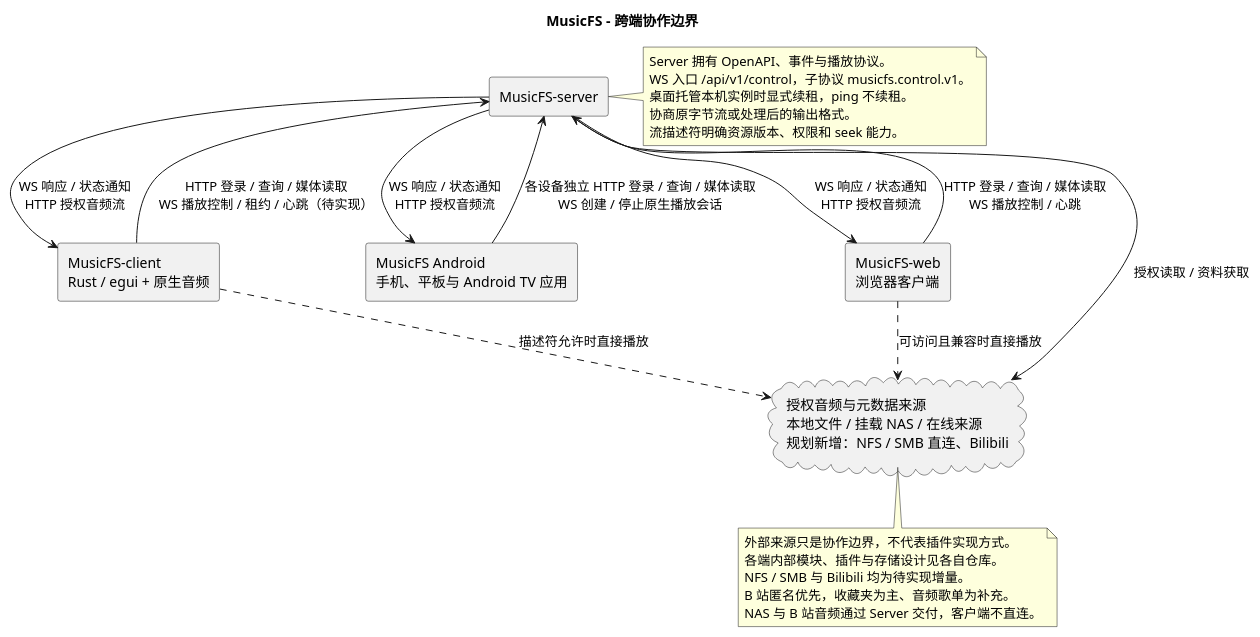
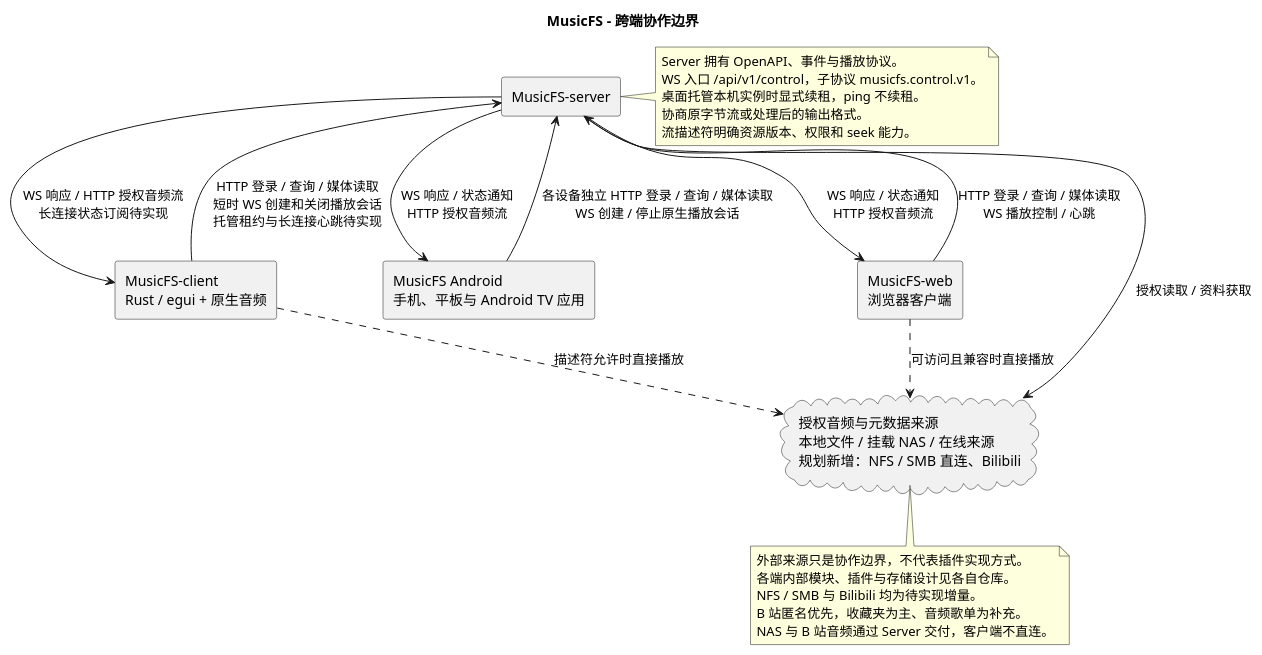
The diagram in docs/diagrams/components.puml (fnMrRice/MusicFS), drawn with PlantUML before and after one commit. The commit also changed 6 other files, not shown here.

```diff
--- a/docs/diagrams/components.puml
+++ b/docs/diagrams/components.puml
@@ -1,37 +1,37 @@
 @startuml
 title MusicFS - 跨端协作边界
 top to bottom direction
 skinparam componentStyle rectangle
 
 component "MusicFS-client\nRust / egui + 原生音频" as Client
 component "MusicFS Android\n手机、平板与 Android TV 应用" as Android
 component "MusicFS-web\n浏览器客户端" as Web
 component "MusicFS-server" as Server
 cloud "授权音频与元数据来源\n本地文件 / 挂载 NAS / 在线来源\n规划新增：NFS / SMB 直连、Bilibili" as Sources
 
-Client --> Server : HTTP 登录 / 查询 / 媒体读取\nWS 播放控制 / 租约 / 心跳（待实现）
+Client --> Server : HTTP 登录 / 查询 / 媒体读取\n短时 WS 创建和关闭播放会话\n托管租约与长连接心跳待实现
 Android --> Server : 各设备独立 HTTP 登录 / 查询 / 媒体读取\nWS 创建 / 停止原生播放会话
 Web --> Server : HTTP 登录 / 查询 / 媒体读取\nWS 播放控制 / 心跳
-Server --> Client : WS 响应 / 状态通知\nHTTP 授权音频流
+Server --> Client : WS 响应 / HTTP 授权音频流\n长连接状态订阅待实现
 Server --> Android : WS 响应 / 状态通知\nHTTP 授权音频流
 Server --> Web : WS 响应 / 状态通知\nHTTP 授权音频流
 Server --> Sources : 授权读取 / 资料获取
 Client ..> Sources : 描述符允许时直接播放
 Web ..> Sources : 可访问且兼容时直接播放
 
 note right of Server
   Server 拥有 OpenAPI、事件与播放协议。
   WS 入口 /api/v1/control，子协议 musicfs.control.v1。
   桌面托管本机实例时显式续租，ping 不续租。
   协商原字节流或处理后的输出格式。
   流描述符明确资源版本、权限和 seek 能力。
 end note
 
 note bottom of Sources
   外部来源只是协作边界，不代表插件实现方式。
   各端内部模块、插件与存储设计见各自仓库。
   NFS / SMB 与 Bilibili 均为待实现增量。
   B 站匿名优先，收藏夹为主、音频歌单为补充。
   NAS 与 B 站音频通过 Server 交付，客户端不直连。
 end note
 @enduml
```
